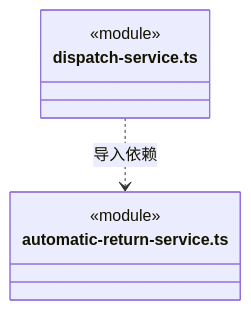
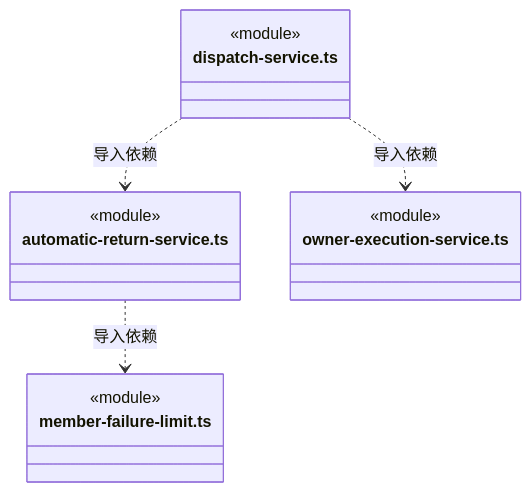
One commit to nan023062/cbim changed diagram 15 of 15 in src/backend/scheduler-engine/dispatch/ARCHITECTURE.md. Above: the diagram before and after it, drawn with Mermaid. The commit also changed other lines of this file and 9 other files, not shown here.

Commit message:
fix: stop automatic collaboration after repeated member failures

````diff
--- a/src/backend/scheduler-engine/dispatch/ARCHITECTURE.md
+++ b/src/backend/scheduler-engine/dispatch/ARCHITECTURE.md
@@ -397,10 +414,18 @@
 ```mermaid
 classDiagram
+class N_src_backend_scheduler_engine_dispatch_automatic_return_service_ts["automatic-return-service.ts"] {
+  <<module>>
+}
+class N_src_backend_scheduler_engine_dispatch_member_failure_limit_ts["member-failure-limit.ts"] {
+  <<module>>
+}
 class N_src_backend_scheduler_engine_dispatch_dispatch_service_ts["dispatch-service.ts"] {
   <<module>>
 }
-class N_src_backend_scheduler_engine_dispatch_automatic_return_service_ts["automatic-return-service.ts"] {
+class N_src_backend_scheduler_engine_dispatch_owner_execution_service_ts["owner-execution-service.ts"] {
   <<module>>
 }
+N_src_backend_scheduler_engine_dispatch_automatic_return_service_ts ..> N_src_backend_scheduler_engine_dispatch_member_failure_limit_ts : 导入依赖
+N_src_backend_scheduler_engine_dispatch_dispatch_service_ts ..> N_src_backend_scheduler_engine_dispatch_owner_execution_service_ts : 导入依赖
 N_src_backend_scheduler_engine_dispatch_dispatch_service_ts ..> N_src_backend_scheduler_engine_dispatch_automatic_return_service_ts : 导入依赖
 ```
````
